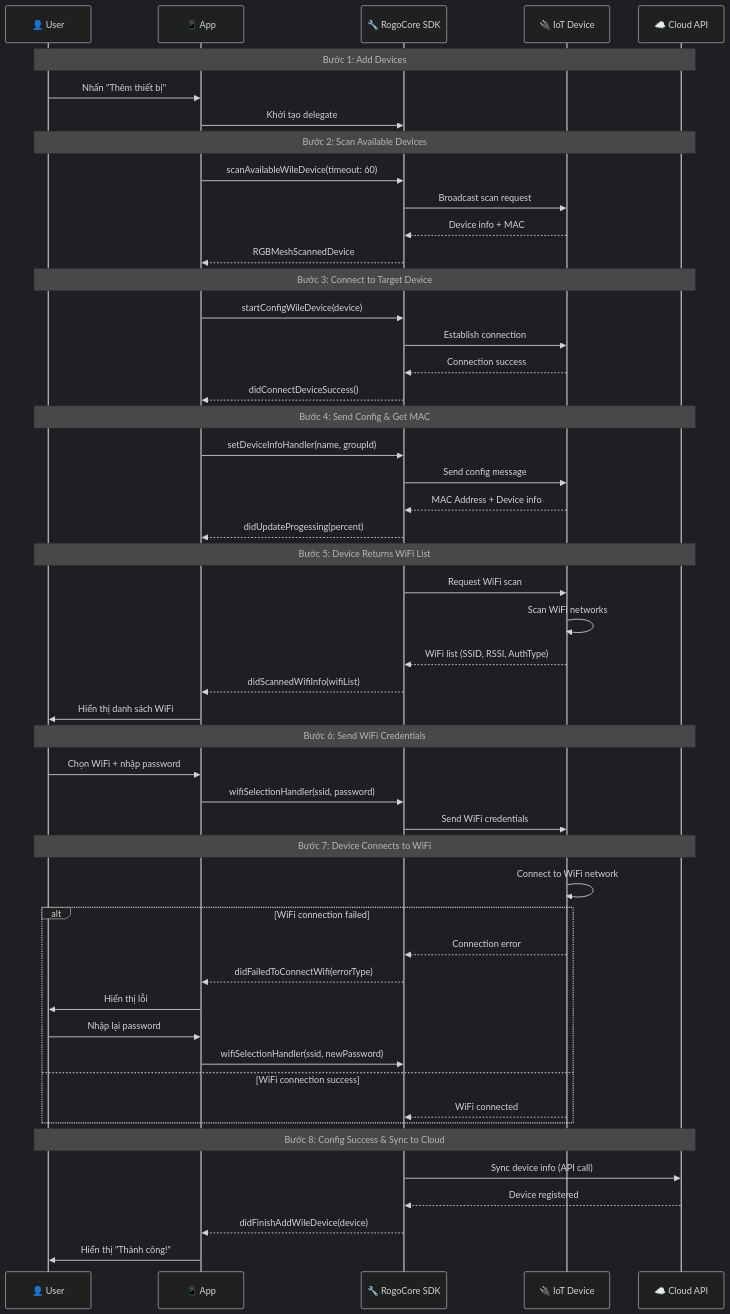
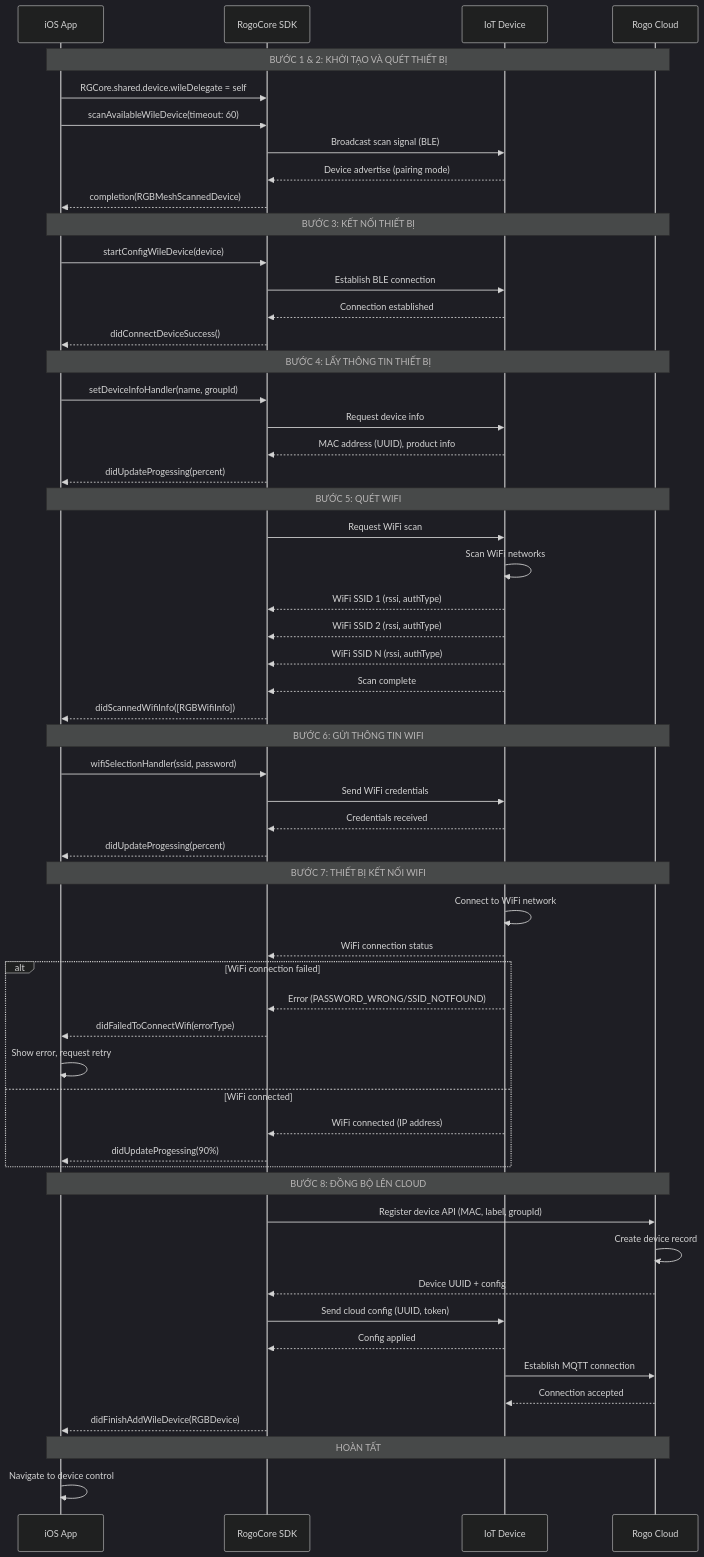
Before and after one commit to tuanln/RogoCoreSample: the first of 3 diagrams in Document/Doc-SDK-iOS-Flow/DeviceOnboardingFlow.md, drawn with Mermaid (dark theme). The commit also changed other lines of this file and 1 other file, not shown here.

````diff
--- a/Document/Doc-SDK-iOS-Flow/DeviceOnboardingFlow.md
+++ b/Document/Doc-SDK-iOS-Flow/DeviceOnboardingFlow.md
@@ -620,61 +17,67 @@
 ```mermaid
 sequenceDiagram
-    participant User as 👤 User
-    participant App as 📱 App
-    participant SDK as 🔧 RogoCore SDK
-    participant Device as 🔌 IoT Device
-    participant Cloud as ☁️ Cloud API
+    participant App as iOS App
+    participant SDK as RogoCore SDK
+    participant Device as IoT Device
+    participant Cloud as Rogo Cloud
 
-    Note over User,Cloud: Bước 1: Add Devices
-    User->>App: Nhấn "Thêm thiết bị"
-    App->>SDK: Khởi tạo delegate
+    Note over App,Cloud: BƯỚC 1 & 2: KHỞI TẠO VÀ QUÉT THIẾT BỊ
+    App->>SDK: RGCore.shared.device.wileDelegate = self
+    App->>SDK: scanAvailableWileDevice(timeout: 60)
+    SDK->>Device: Broadcast scan signal (BLE)
+    Device-->>SDK: Device advertise (pairing mode)
+    SDK-->>App: completion(RGBMeshScannedDevice)
 
-    Note over User,Cloud: Bước 2: Scan Available Devices
-    App->>SDK: scanAvailableWileDevice(timeout: 60)
-    SDK->>Device: Broadcast scan request
-    Device-->>SDK: Device info + MAC
-    SDK-->>App: RGBMeshScannedDevice
-
-    Note over User,Cloud: Bước 3: Connect to Target Device
+    Note over App,Cloud: BƯỚC 3: KẾT NỐI THIẾT BỊ
     App->>SDK: startConfigWileDevice(device)
-    SDK->>Device: Establish connection
-    Device-->>SDK: Connection success
+    SDK->>Device: Establish BLE connection
+    Device-->>SDK: Connection established
     SDK-->>App: didConnectDeviceSuccess()
 
-    Note over User,Cloud: Bước 4: Send Config & Get MAC
+    Note over App,Cloud: BƯỚC 4: LẤY THÔNG TIN THIẾT BỊ
     App->>SDK: setDeviceInfoHandler(name, groupId)
-    SDK->>Device: Send config message
-    Device-->>SDK: MAC Address + Device info
+    SDK->>Device: Request device info
+    Device-->>SDK: MAC address (UUID), product info
     SDK-->>App: didUpdateProgessing(percent)
 
-    Note over User,Cloud: Bước 5: Device Returns WiFi List
+    Note over App,Cloud: BƯỚC 5: QUÉT WIFI
     SDK->>Device: Request WiFi scan
     Device->>Device: Scan WiFi networks
-    Device-->>SDK: WiFi list (SSID, RSSI, AuthType)
-    SDK-->>App: didScannedWifiInfo(wifiList)
-    App->>User: Hiển thị danh sách WiFi
+    Device-->>SDK: WiFi SSID 1 (rssi, authType)
+    Device-->>SDK: WiFi SSID 2 (rssi, authType)
+    Device-->>SDK: WiFi SSID N (rssi, authType)
+    Device-->>SDK: Scan complete
+    SDK-->>App: didScannedWifiInfo([RGBWifiInfo])
 
-    Note over User,Cloud: Bước 6: Send WiFi Credentials
-    User->>App: Chọn WiFi + nhập password
+    Note over App,Cloud: BƯỚC 6: GỬI THÔNG TIN WIFI
     App->>SDK: wifiSelectionHandler(ssid, password)
     SDK->>Device: Send WiFi credentials
+    Device-->>SDK: Credentials received
+    SDK-->>App: didUpdateProgessing(percent)
 
-    Note over User,Cloud: Bước 7: Device Connects to WiFi
+    Note over App,Cloud: BƯỚC 7: THIẾT BỊ KẾT NỐI WIFI
     Device->>Device: Connect to WiFi network
+    Device-->>SDK: WiFi connection status
 
     alt WiFi connection failed
-        Device-->>SDK: Connection error
+        Device-->>SDK: Error (PASSWORD_WRONG/SSID_NOTFOUND)
         SDK-->>App: didFailedToConnectWifi(errorType)
-        App->>User: Hiển thị lỗi
-        User->>App: Nhập lại password
-        App->>SDK: wifiSelectionHandler(ssid, newPassword)
-    else WiFi connection success
-        Device-->>SDK: WiFi connected
+        App->>App: Show error, request retry
+    else WiFi connected
+        Device-->>SDK: WiFi connected (IP address)
+        SDK-->>App: didUpdateProgessing(90%)
     end
 
-    Note over User,Cloud: Bước 8: Config Success & Sync to Cloud
-    SDK->>Cloud: Sync device info (API call)
-    Cloud-->>SDK: Device registered
-    SDK-->>App: didFinishAddWileDevice(device)
-    App->>User: Hiển thị "Thành công!"
+    Note over App,Cloud: BƯỚC 8: ĐỒNG BỘ LÊN CLOUD
+    SDK->>Cloud: Register device API (MAC, label, groupId)
+    Cloud->>Cloud: Create device record
+    Cloud-->>SDK: Device UUID + config
+    SDK->>Device: Send cloud config (UUID, token)
+    Device-->>SDK: Config applied
+    Device->>Cloud: Establish MQTT connection
+    Cloud-->>Device: Connection accepted
+    SDK-->>App: didFinishAddWileDevice(RGBDevice)
+
+    Note over App,Cloud: HOÀN TẤT
+    App->>App: Navigate to device control
 ```
````
